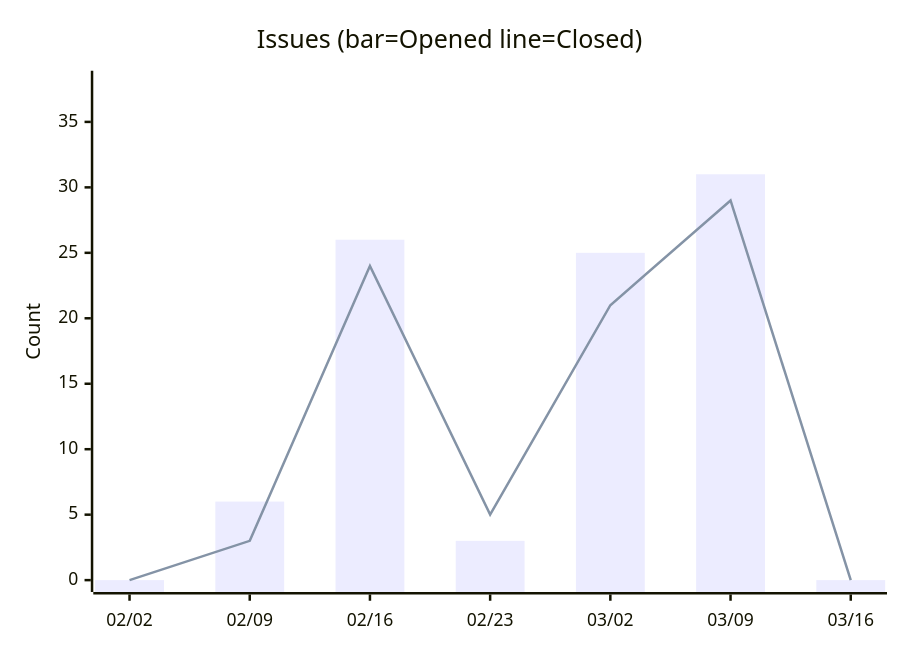
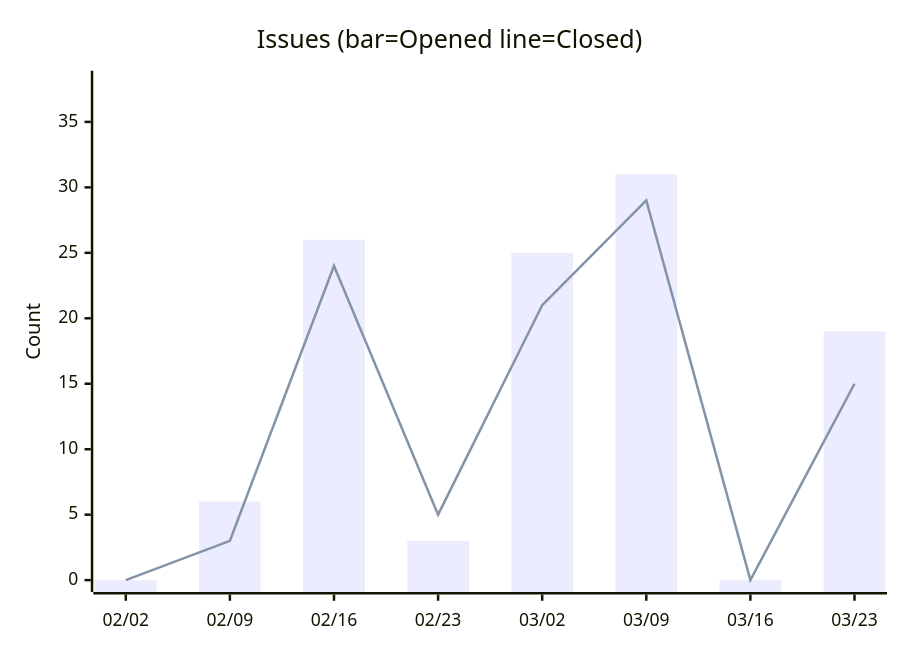
The fifth of 14 diagrams in docs/metrics.md (nablarch/nabledge-dev), drawn with Mermaid before and after one commit. The commit also changed other lines of this file and 2 other files, not shown here.

````diff
--- a/docs/metrics.md
+++ b/docs/metrics.md
@@ -91,8 +91,8 @@
 ```mermaid
 xychart-beta
   title "Issues (bar=Opened  line=Closed)"
-  x-axis ["02/02", "02/09", "02/16", "02/23", "03/02", "03/09", "03/16"]
+  x-axis ["02/02", "02/09", "02/16", "02/23", "03/02", "03/09", "03/16", "03/23"]
   y-axis "Count" 0 --> 38
-  bar [0, 6, 26, 3, 25, 31, 0]
-  line [0, 3, 24, 5, 21, 29, 0]
+  bar [0, 6, 26, 3, 25, 31, 0, 19]
+  line [0, 3, 24, 5, 21, 29, 0, 15]
 ```
````
